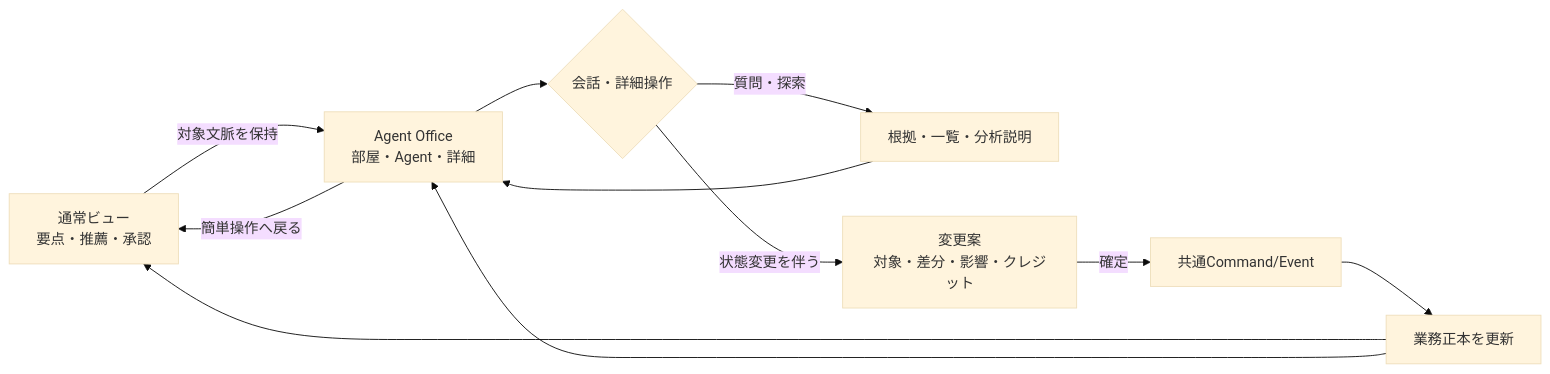
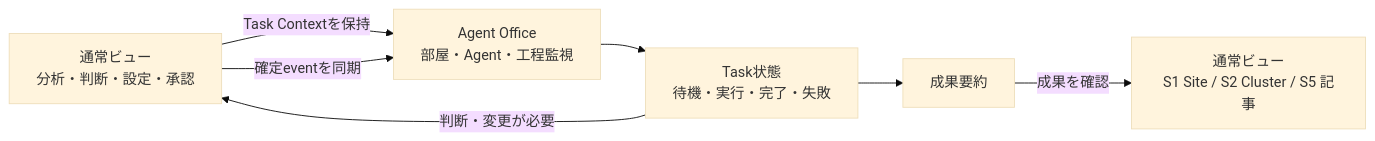
The seventh of 13 diagrams in docs/design/ai-office-de-seo/L3-ui-prototype/ai-office-de-seo-screen-flow_v3.7.md (unison-ai-product/AI-Office-de-SEO), drawn with Mermaid (base theme) before and after one commit. The commit also changed other lines of this file and 21 other files, not shown here.

````diff
--- a/docs/design/ai-office-de-seo/L3-ui-prototype/ai-office-de-seo-screen-flow_v3.7.md
+++ b/docs/design/ai-office-de-seo/L3-ui-prototype/ai-office-de-seo-screen-flow_v3.7.md
@@ -152,13 +152,9 @@
 ```mermaid
 flowchart LR
-  N[通常ビュー\n要点・推薦・承認] -->|対象文脈を保持| O[Agent Office\n部屋・Agent・詳細]
-  O --> Q{会話・詳細操作}
-  Q -->|質問・探索| A[根拠・一覧・分析説明]
-  Q -->|状態変更を伴う| P[変更案\n対象・差分・影響・クレジット]
-  P -->|確定| C[共通Command/Event]
-  C --> S[業務正本を更新]
-  S --> N
-  S --> O
-  A --> O
-  O -->|簡単操作へ戻る| N
+  N[通常ビュー\n分析・判断・設定・承認] -->|Task Contextを保持| O[Agent Office\n部屋・Agent・工程監視]
+  O --> T[Task状態\n待機・実行・完了・失敗]
+  T --> R[成果要約]
+  R -->|成果を確認| D[通常ビュー\nS1 Site / S2 Cluster / S5 記事]
+  T -->|判断・変更が必要| N
+  N -->|確定eventを同期| O
 ```
````
